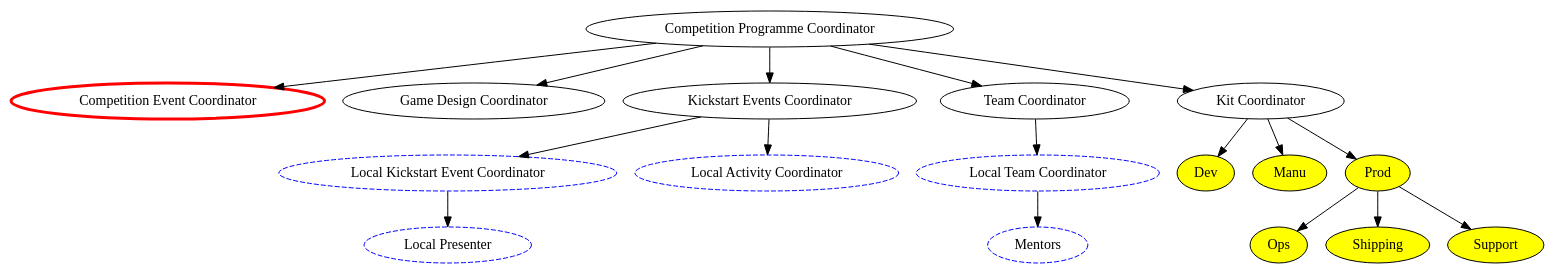
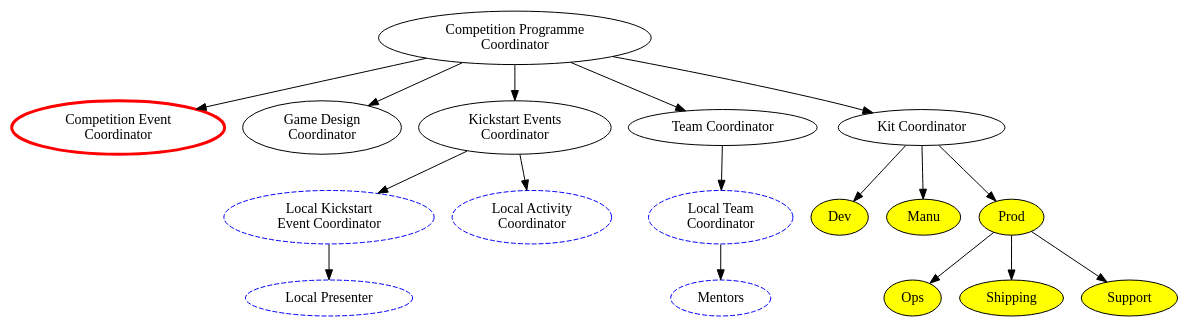
Before and after one commit to Adimote/legacy-ops-manual: the diagram in org-chart/comp-prog.dot, drawn with Graphviz. The commit also changed 5 other files, not shown here.

First line of the commit message:
Improve layout of comp org charts

```diff
--- a/org-chart/comp-prog.dot
+++ b/org-chart/comp-prog.dot
@@ -1,48 +1,48 @@
 digraph {
 	####### Node declarations
-	comp_prog_coord [label="Competition Programme Coordinator" email="competition-program@studentrobotics.org"];
+	comp_prog_coord [label="Competition Programme\nCoordinator" email="competition-program@studentrobotics.org"];
 	
 	# Competition Coordinator Subordinates
-	comp_event_coord [label="Competition Event Coordinator" color=red penwidth=3 rolesexclude=true]; // Email and tel defined in comp-event.dot
-	game_design_coord [label="Game Design Coordinator" email="game-design@studentrobotics.org"];
-	kickstart_event_coord [label="Kickstart Events Coordinator" email="kickstart@studentrobotics.org"];
+	comp_event_coord [label="Competition Event\nCoordinator" color=red penwidth=3 rolesexclude=true]; // Email and tel defined in comp-event.dot
+	game_design_coord [label="Game Design\nCoordinator" email="game-design@studentrobotics.org"];
+	kickstart_event_coord [label="Kickstart Events\nCoordinator" email="kickstart@studentrobotics.org"];
 	team_coord [label="Team Coordinator" email="teams@studentrobotics.org"];
 	kit [label="Kit Coordinator" email="kit@studentrobotics.org"];
 	
 	### Fourth Level
 	
 	# Kickstart Event Coordinator Subordinates
-	local_ks_event_coord[label="Local Kickstart Event Coordinator" color=blue style=dashed contactsexclude=true];
-	local_activity_coord[label="Local Activity Coordinator" color=blue style=dashed contactsexclude=true];
+	local_ks_event_coord[label="Local Kickstart\nEvent Coordinator" color=blue style=dashed contactsexclude=true];
+	local_activity_coord[label="Local Activity\nCoordinator" color=blue style=dashed contactsexclude=true];
 	
-	local_team_coord[label="Local Team Coordinator" color=blue style=dashed contactsexclude=true];
+	local_team_coord[label="Local Team\nCoordinator" color=blue style=dashed contactsexclude=true];
 
 	# Kit Coordinator Subordinates
 	kit_dev[label="Dev" fillcolor=yellow style=filled contactsexclude=true];
 	kit_manu[label="Manu" fillcolor=yellow style=filled contactsexclude=true];
 	kit_prod[label="Prod" fillcolor=yellow style=filled contactsexclude=true];
 	
 	### Fifth Level
 	local_presenter[label="Local Presenter" color=blue style=dashed contactsexclude=true];
 	
 	mentors[label="Mentors" color=blue style=dashed contactsexclude=true];
 	
 	# Kit Prod Subordinates
 	kit_ops[label="Ops" fillcolor=yellow style=filled contactsexclude=true];
 	kit_shipping[label="Shipping" fillcolor=yellow style=filled contactsexclude=true];
 	kit_support[label="Support" fillcolor=yellow style=filled contactsexclude=true];
 	
 	###### Connections between nodes
 	
 	comp_prog_coord -> { comp_event_coord game_design_coord kickstart_event_coord team_coord kit };
 	
 	kickstart_event_coord -> { local_ks_event_coord local_activity_coord };
 		
 	local_ks_event_coord -> { local_presenter };
 		
 	team_coord -> local_team_coord;
 	local_team_coord -> mentors;
 		
 	kit -> { kit_dev kit_manu kit_prod };
 	kit_prod -> { kit_ops kit_shipping kit_support };
 }
```
